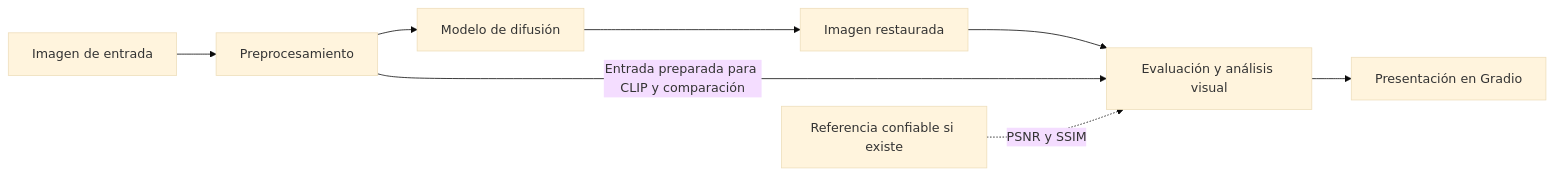
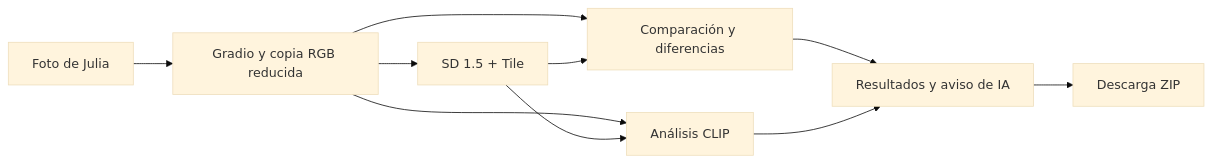
One commit to Sabri-Nang/astro-restauracion changed the diagram in README.md. Above: the diagram before and after it, drawn with Mermaid (base theme). The commit also changed other lines of this file, not shown here.

````diff
--- a/README.md
+++ b/README.md
@@ -215,10 +76,12 @@
 ```mermaid
 flowchart LR
-    A[Imagen de entrada] --> B[Preprocesamiento]
-    B --> C[Modelo de difusión]
-    C --> D[Imagen restaurada]
-    D --> E[Evaluación y análisis visual]
-    B -->|Entrada preparada para CLIP y comparación| E
-    R[Referencia confiable si existe] -.->|PSNR y SSIM| E
-    E --> F[Presentación en Gradio]
+    A[Foto de Julia] --> B[Gradio y copia RGB reducida]
+    B --> C[SD 1.5 + Tile]
+    B --> D[Comparación y diferencias]
+    C --> D
+    B --> E[Análisis CLIP]
+    C --> E
+    D --> F[Resultados y aviso de IA]
+    E --> F
+    F --> G[Descarga ZIP]
 ```
````
